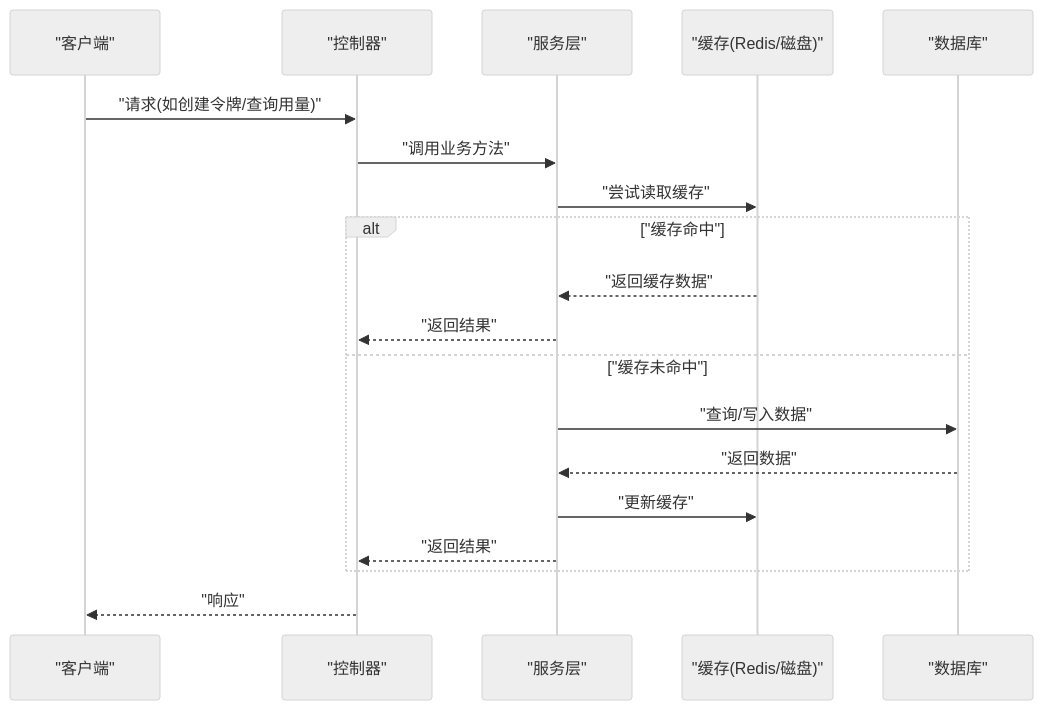
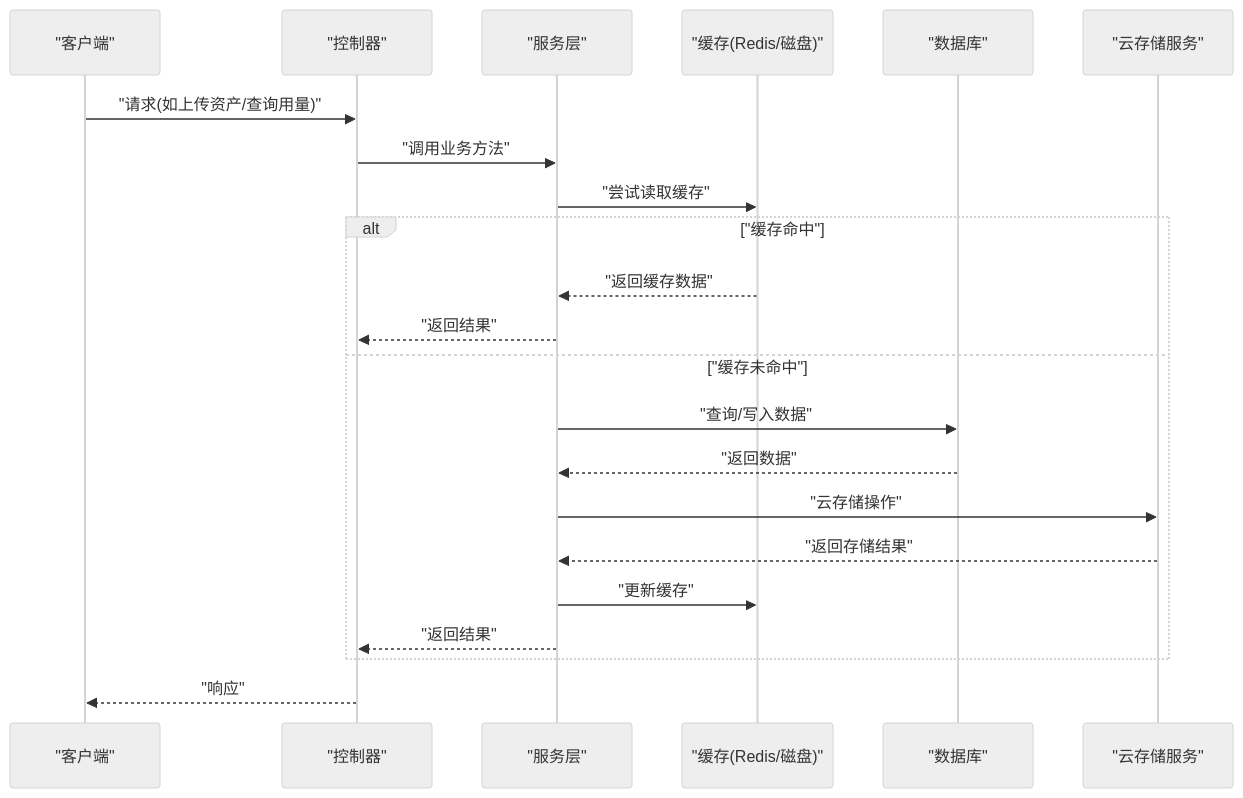
Before and after one commit to zhaodechao2008/new-api: the third of 14 diagrams in .qoder/repowiki/zh/content/数据模型/数据模型.md, drawn with Mermaid (neutral theme). The commit also changed other lines of this file and 274 other files, not shown here.

````diff
--- a/.qoder/repowiki/zh/content/数据模型/数据模型.md
+++ b/.qoder/repowiki/zh/content/数据模型/数据模型.md
@@ -309,21 +374,24 @@
 ```mermaid
 sequenceDiagram
 participant Client as "客户端"
 participant Controller as "控制器"
 participant Service as "服务层"
 participant Cache as "缓存(Redis/磁盘)"
 participant DB as "数据库"
-Client->>Controller : "请求(如创建令牌/查询用量)"
+participant CloudStorage as "云存储服务"
+Client->>Controller : "请求(如上传资产/查询用量)"
 Controller->>Service : "调用业务方法"
 Service->>Cache : "尝试读取缓存"
 alt "缓存命中"
 Cache-->>Service : "返回缓存数据"
 Service-->>Controller : "返回结果"
 else "缓存未命中"
 Service->>DB : "查询/写入数据"
 DB-->>Service : "返回数据"
+Service->>CloudStorage : "云存储操作"
+CloudStorage-->>Service : "返回存储结果"
 Service->>Cache : "更新缓存"
 Service-->>Controller : "返回结果"
 end
 Controller-->>Client : "响应"
 ```
````
